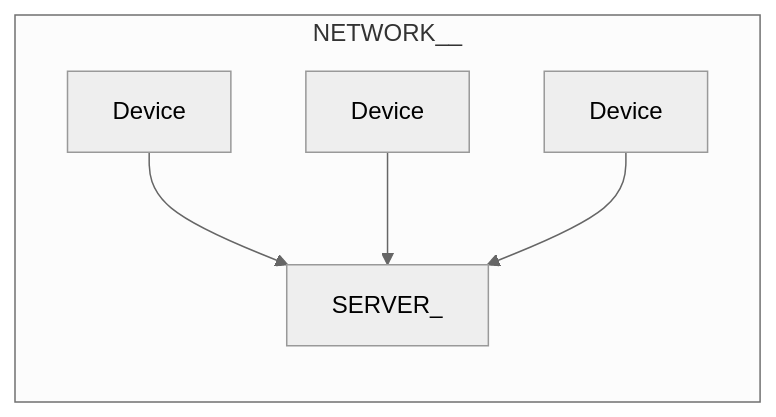
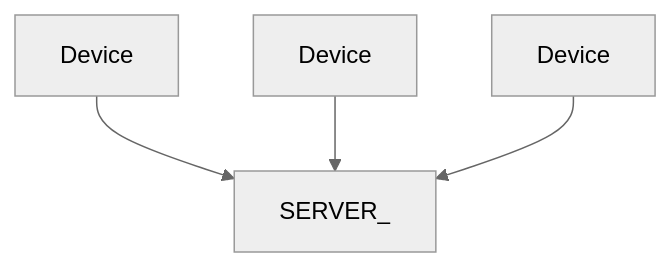
Before and after one commit to e-kucheriavyi/holy-spring-2026-home: the first of 2 diagrams in slides.md, drawn with Mermaid (neutral theme). The commit also changed other lines of this file and 18 other files, not shown here.

````diff
--- a/slides.md
+++ b/slides.md
@@ -822,11 +885,8 @@
 ```mermaid {scale: 1.5}
 flowchart TD
-  subgraph "NETWORK__"
-    direction TB
     Host["SERVER_"]
     NodeA["Device"] --> Host
     NodeB["Device"] --> Host
     NodeC["Device"] --> Host
-  end
 
 ```
````
